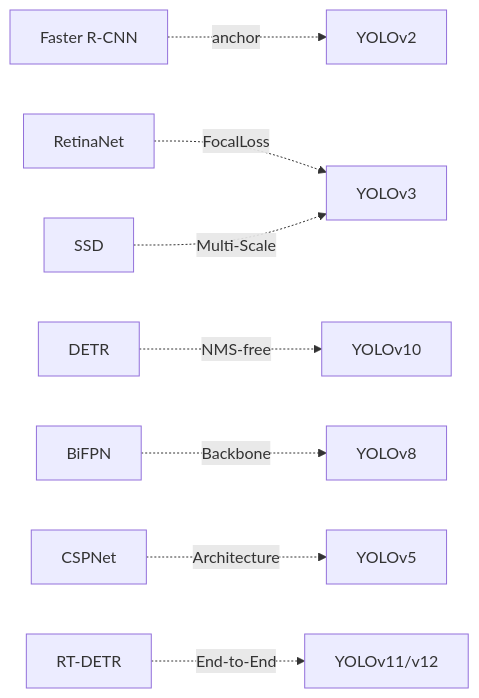
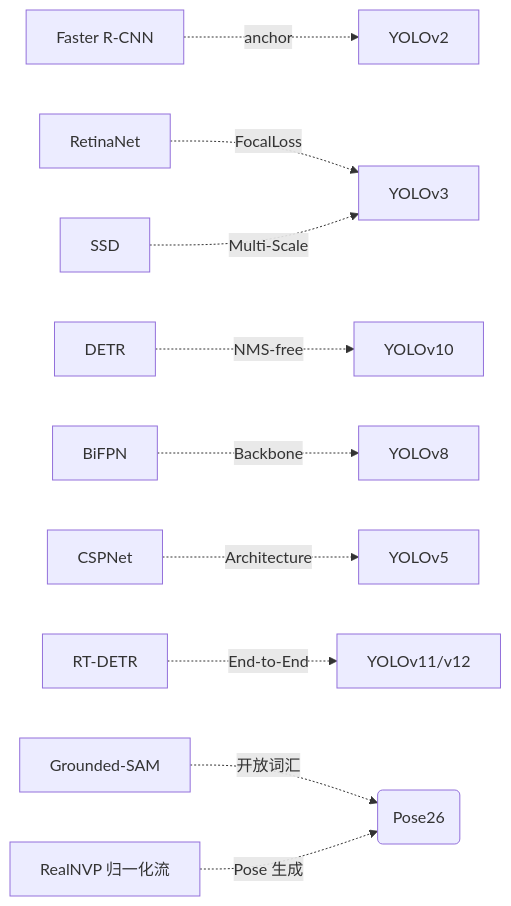
Before and after one commit to yejinlei/agent-yolo: the second of 3 diagrams in docs/global/family.md, drawn with Mermaid. The commit also changed other lines of this file and 70 other files, not shown here.

````diff
--- a/docs/global/family.md
+++ b/docs/global/family.md
@@ -54,10 +62,12 @@
 ```mermaid
 flowchart LR
   FasterRNN[Faster R-CNN] -. anchor .-> YOLOv2
   RetinaNet[RetinaNet] -. FocalLoss .-> YOLOv3
   SSD[SSD] -. Multi-Scale .-> YOLOv3
   DETR[DETR] -. NMS-free .-> YOLOv10
   EfficientDet[BiFPN] -. Backbone .-> YOLOv8
   CSPNet[CSPNet] -. Architecture .-> YOLOv5
   RT-DETR[RT-DETR] -. End-to-End .-> YOLOv11/v12
+  Grounded-SAM[Grounded-SAM] -. 开放词汇 .-> YOLOv26(YOLOE)
+  RealNVP[RealNVP 归一化流] -. Pose 生成 .-> YOLOv26(Pose26)
 ```
````
